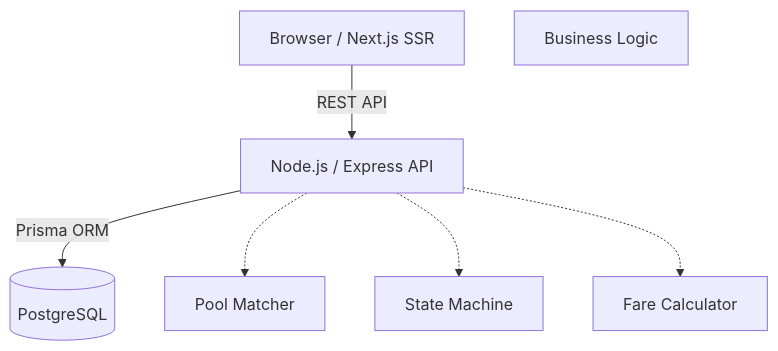
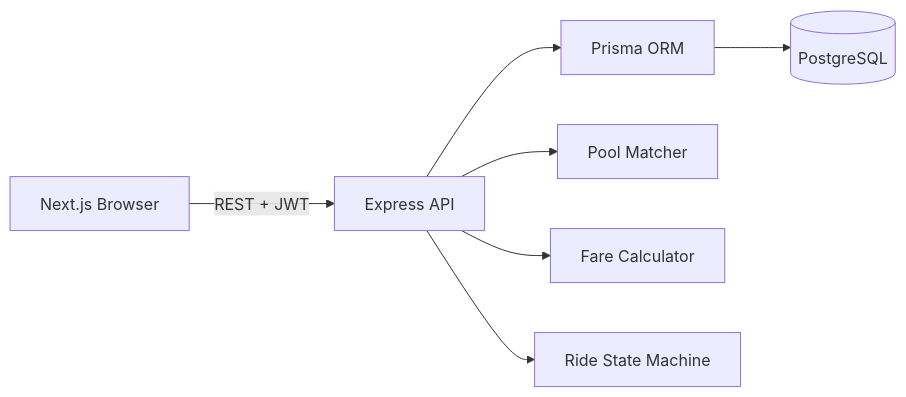
Before and after one commit to Murad134/Dhaka-Tesla-Pool: the first of 2 diagrams in README.md, drawn with Mermaid. The commit also changed other lines of this file and 4 other files, not shown here.

````diff
--- a/README.md
+++ b/README.md
@@ -17,10 +46,9 @@
 ```mermaid
-flowchart TD
-    Client[Browser / Next.js SSR] -->|REST API| API[Node.js / Express API]
-    API -->|Prisma ORM| DB[(PostgreSQL)]
-    
-    sublayer[Business Logic]
-    API -.-> Matcher[Pool Matcher]
-    API -.-> State[State Machine]
-    API -.-> Fare[Fare Calculator]
+flowchart LR
+    Browser[Next.js Browser] -->|REST + JWT| API[Express API]
+    API --> Prisma[Prisma ORM]
+    Prisma --> DB[(PostgreSQL)]
+    API --> Match[Pool Matcher]
+    API --> Fare[Fare Calculator]
+    API --> State[Ride State Machine]
 ```
````
